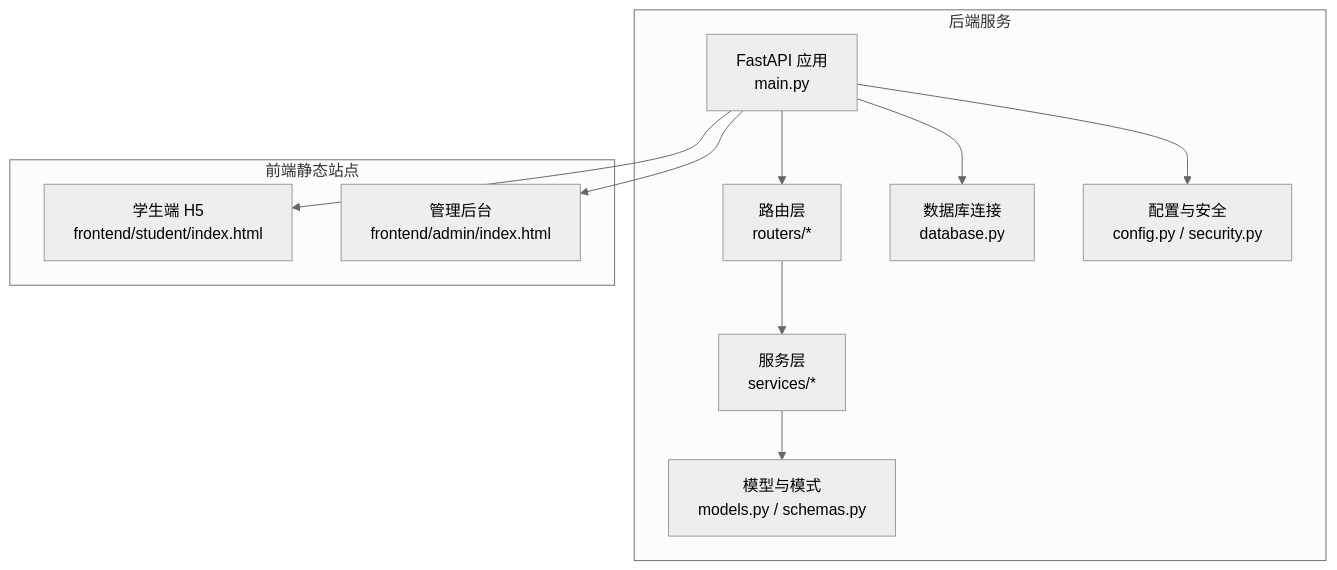
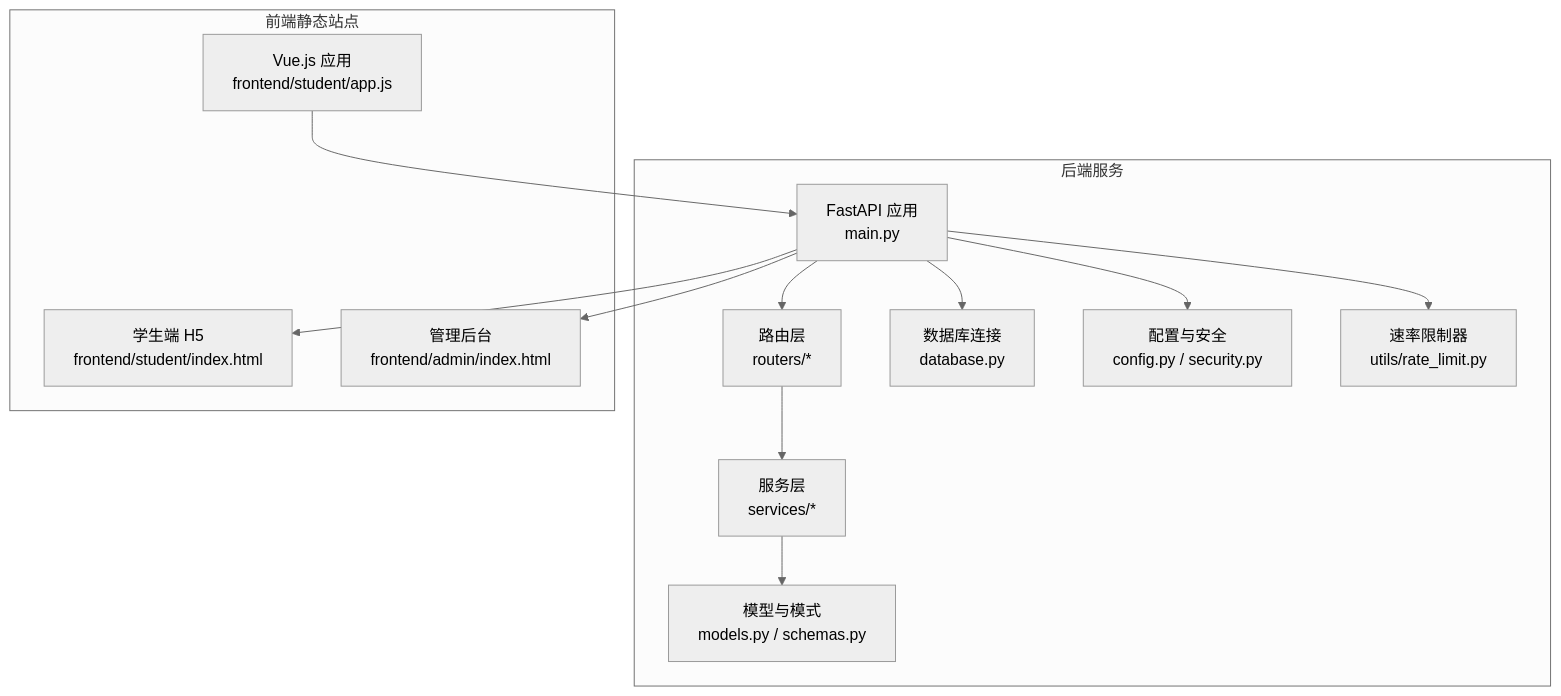
One commit to onebody/homework changed the first of 10 diagrams in .qoder/repowiki/zh/content/项目概述/暑假作业打卡系统介绍/暑假作业打卡系统介绍.md. Above: the diagram before and after it, drawn with Mermaid (neutral theme). The commit also changed other lines of this file and 15 other files, not shown here.

````diff
--- a/.qoder/repowiki/zh/content/项目概述/暑假作业打卡系统介绍/暑假作业打卡系统介绍.md
+++ b/.qoder/repowiki/zh/content/项目概述/暑假作业打卡系统介绍/暑假作业打卡系统介绍.md
@@ -54,22 +72,26 @@
 ```mermaid
 graph TB
 subgraph "后端服务"
 A["FastAPI 应用<br/>main.py"]
 B["路由层<br/>routers/*"]
 C["服务层<br/>services/*"]
 D["模型与模式<br/>models.py / schemas.py"]
 E["数据库连接<br/>database.py"]
 F["配置与安全<br/>config.py / security.py"]
+G["速率限制器<br/>utils/rate_limit.py"]
 end
 subgraph "前端静态站点"
-G["学生端 H5<br/>frontend/student/index.html"]
-H["管理后台<br/>frontend/admin/index.html"]
+H["学生端 H5<br/>frontend/student/index.html"]
+I["管理后台<br/>frontend/admin/index.html"]
+J["Vue.js 应用<br/>frontend/student/app.js"]
 end
 A --> B
 B --> C
 C --> D
 A --> E
 A --> F
 A --> G
 A --> H
+A --> I
+J --> A
 ```
````
